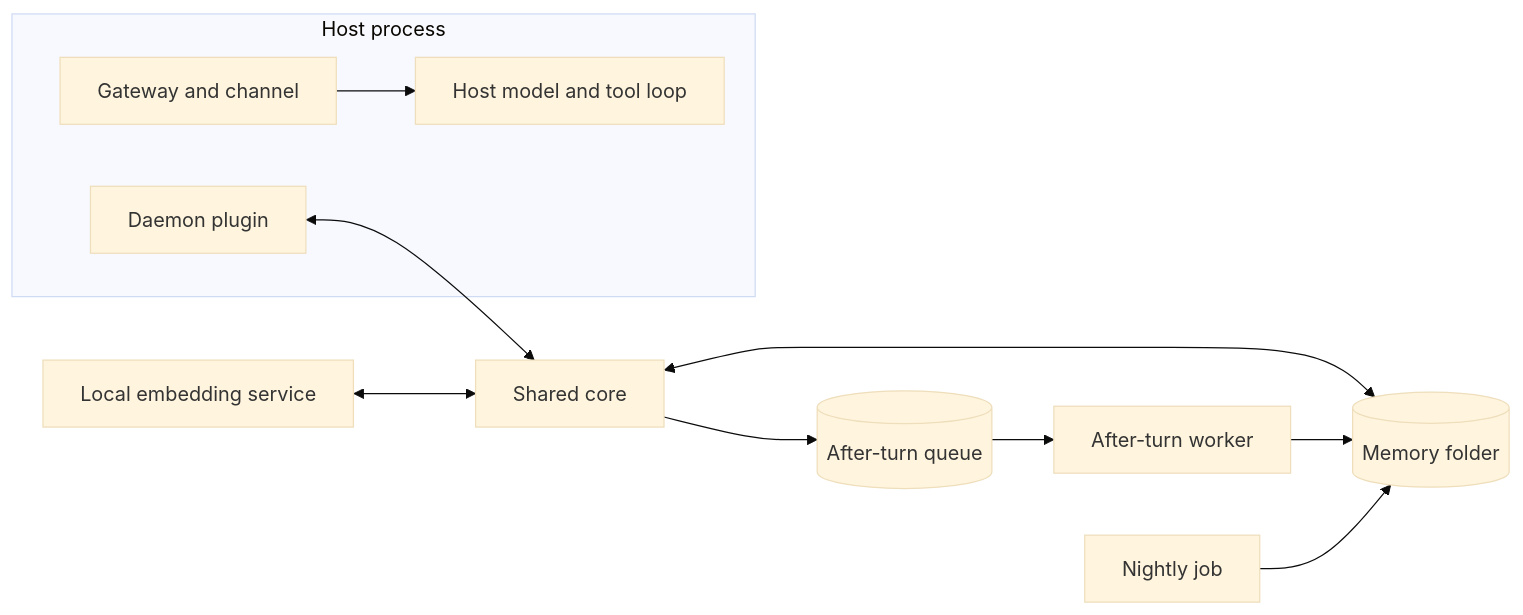
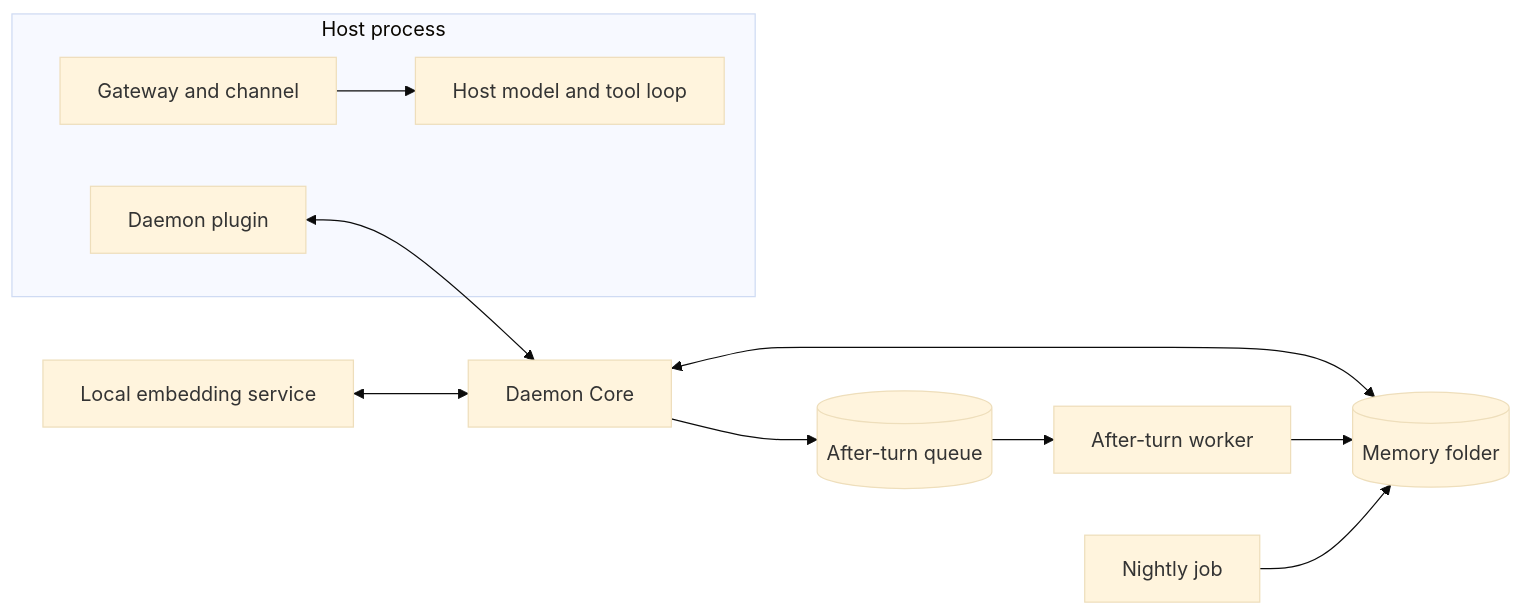
Before and after one commit to jpacifico/daemon-harness: the diagram in docs/architecture.md, drawn with Mermaid (base theme). The commit also changed other lines of this file and 3 other files, not shown here.

Commit message:
docs: name the engine Daemon Core in the architecture

````diff
--- a/docs/architecture.md
+++ b/docs/architecture.md
@@ -55,14 +56,14 @@
 ```mermaid
 flowchart LR
     subgraph Host["Host process"]
         G[Gateway and channel] --> L[Host model and tool loop]
         P[Daemon plugin]
     end
-    P <--> C[Shared core]
+    P <--> C[Daemon Core]
     C <--> M[(Memory folder)]
     C --> Q[(After-turn queue)]
     Q --> W[After-turn worker]
     W --> M
     N[Nightly job] --> M
     E[Local embedding service] <--> C
 ```
````
